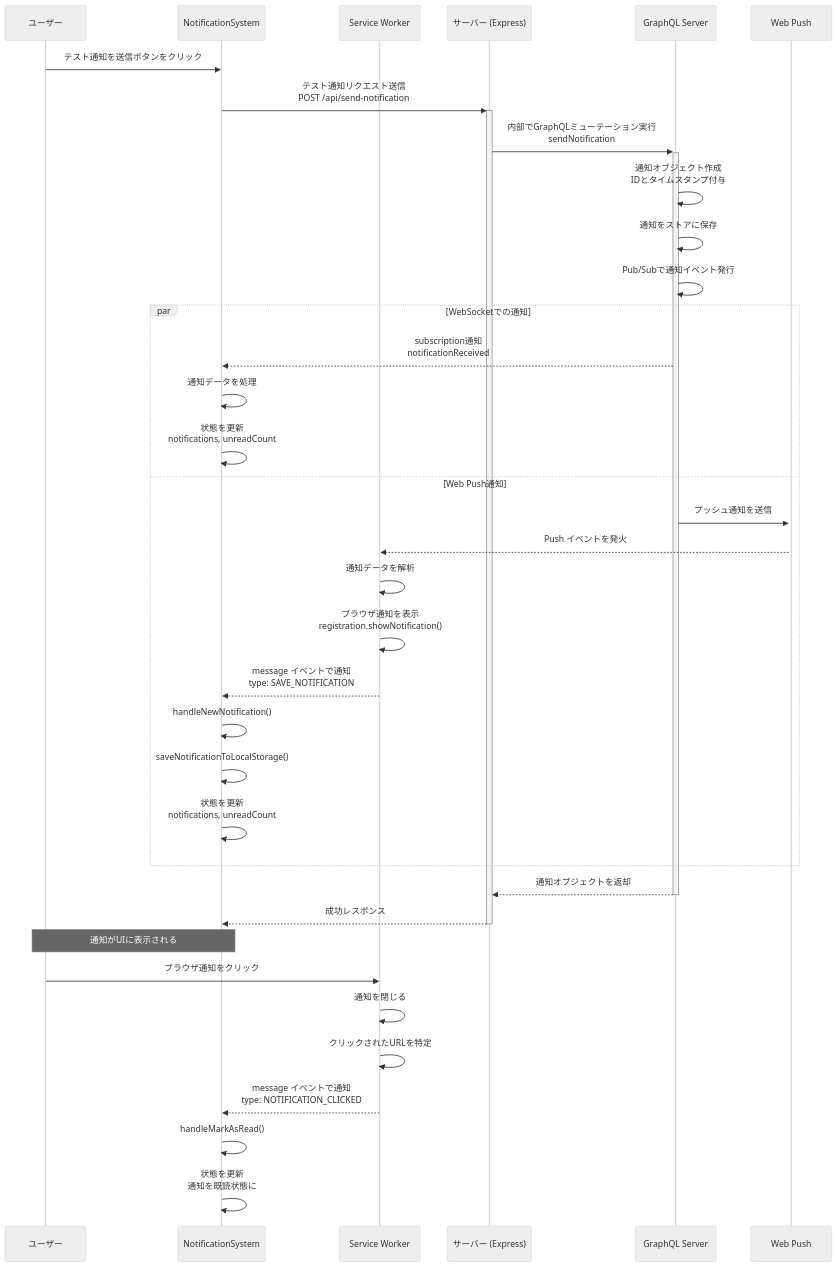
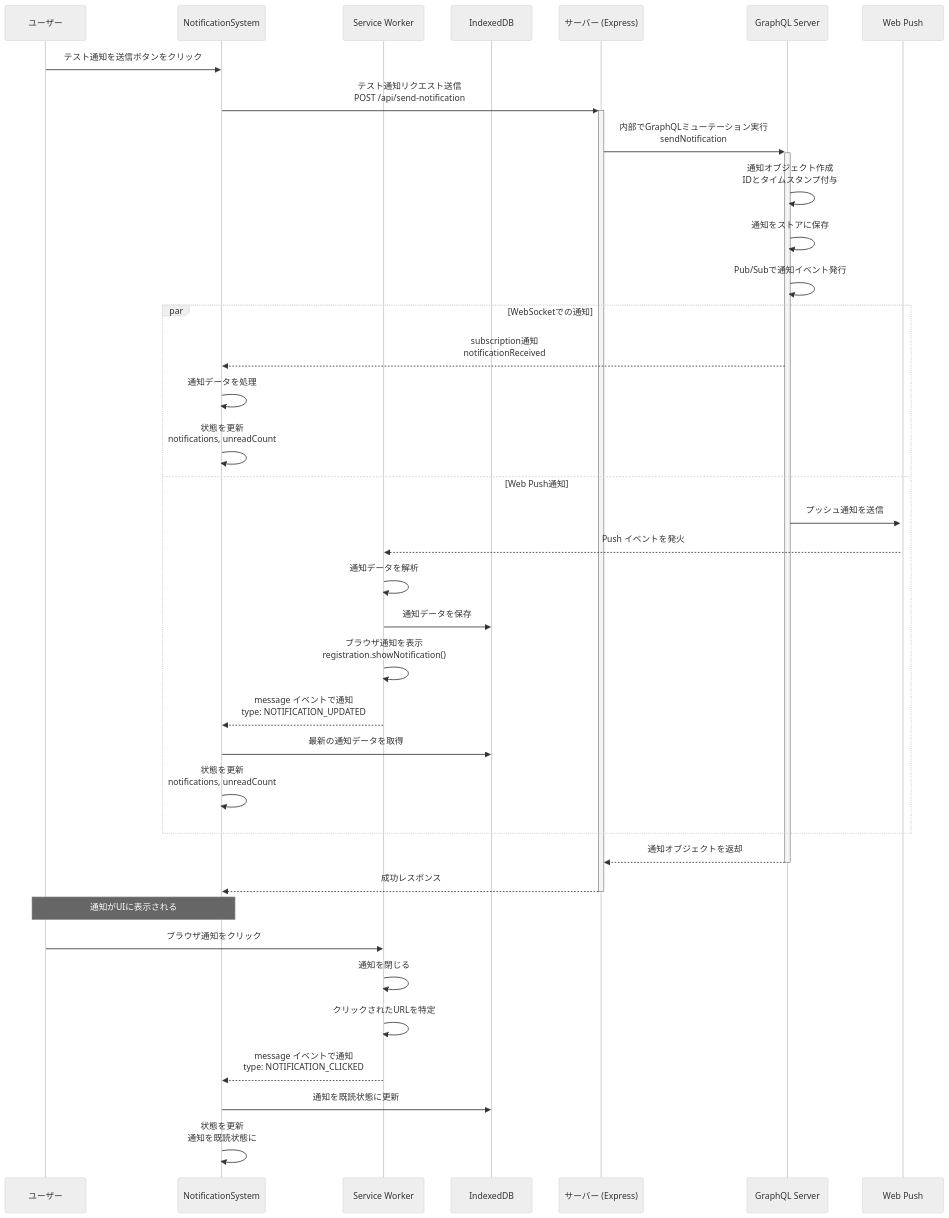
One commit to tsubasahonda/web-notification-system changed the first of 2 diagrams in client/components/NotificationSystem.md. Above: the diagram before and after it, drawn with Mermaid (neutral theme). The commit also changed other lines of this file and 11 other files, not shown here.

````diff
--- a/client/components/NotificationSystem.md
+++ b/client/components/NotificationSystem.md
@@ -23,43 +25,44 @@
 ```mermaid
 sequenceDiagram
     participant User as ユーザー
     participant NS as NotificationSystem
     participant SW as Service Worker
+    participant IDB as IndexedDB
     participant Server as サーバー (Express)
     participant GraphQL as GraphQL Server
     participant WebPush as Web Push
 
     User->>NS: テスト通知を送信ボタンをクリック
     NS->>+Server: テスト通知リクエスト送信<br>POST /api/send-notification
     Server->>+GraphQL: 内部でGraphQLミューテーション実行<br>sendNotification
     GraphQL->>GraphQL: 通知オブジェクト作成<br>IDとタイムスタンプ付与
     GraphQL->>GraphQL: 通知をストアに保存
     GraphQL->>GraphQL: Pub/Subで通知イベント発行
     
     par WebSocketでの通知
         GraphQL-->>NS: subscription通知<br>notificationReceived
         NS->>NS: 通知データを処理
         NS->>NS: 状態を更新<br>notifications, unreadCount
     and Web Push通知
         GraphQL->>+WebPush: プッシュ通知を送信
         WebPush-->>SW: Push イベントを発火
         SW->>SW: 通知データを解析
+        SW->>IDB: 通知データを保存
         SW->>SW: ブラウザ通知を表示<br>registration.showNotification()
-        SW-->>NS: message イベントで通知<br>type: SAVE_NOTIFICATION
-        NS->>NS: handleNewNotification()
-        NS->>NS: saveNotificationToLocalStorage()
+        SW-->>NS: message イベントで通知<br>type: NOTIFICATION_UPDATED
+        NS->>IDB: 最新の通知データを取得
         NS->>NS: 状態を更新<br>notifications, unreadCount
     end
 
     GraphQL-->>-Server: 通知オブジェクトを返却
     Server-->>-NS: 成功レスポンス
 
     Note over User,NS: 通知がUIに表示される
 
     User->>SW: ブラウザ通知をクリック
     SW->>SW: 通知を閉じる
     SW->>SW: クリックされたURLを特定
     SW-->>NS: message イベントで通知<br>type: NOTIFICATION_CLICKED
-    NS->>NS: handleMarkAsRead()
+    NS->>IDB: 通知を既読状態に更新
     NS->>NS: 状態を更新<br>通知を既読状態に
 ```
````
